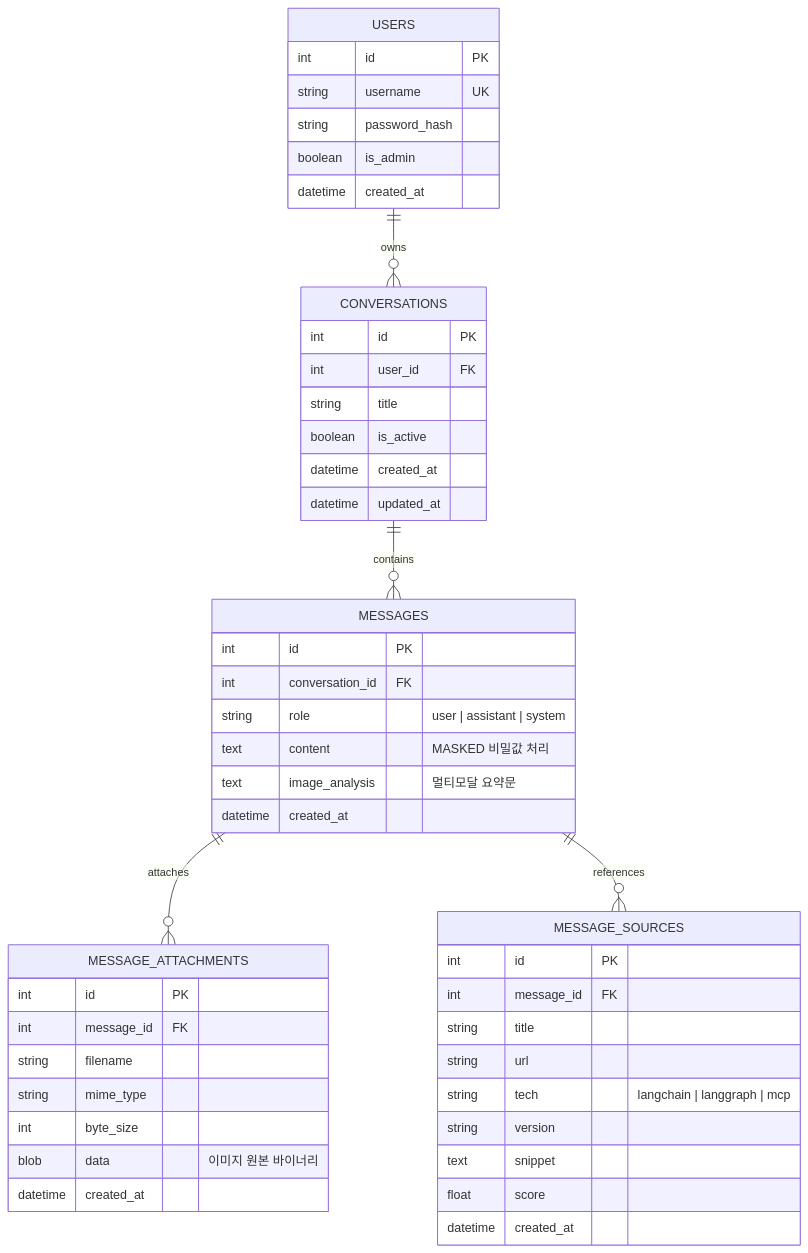
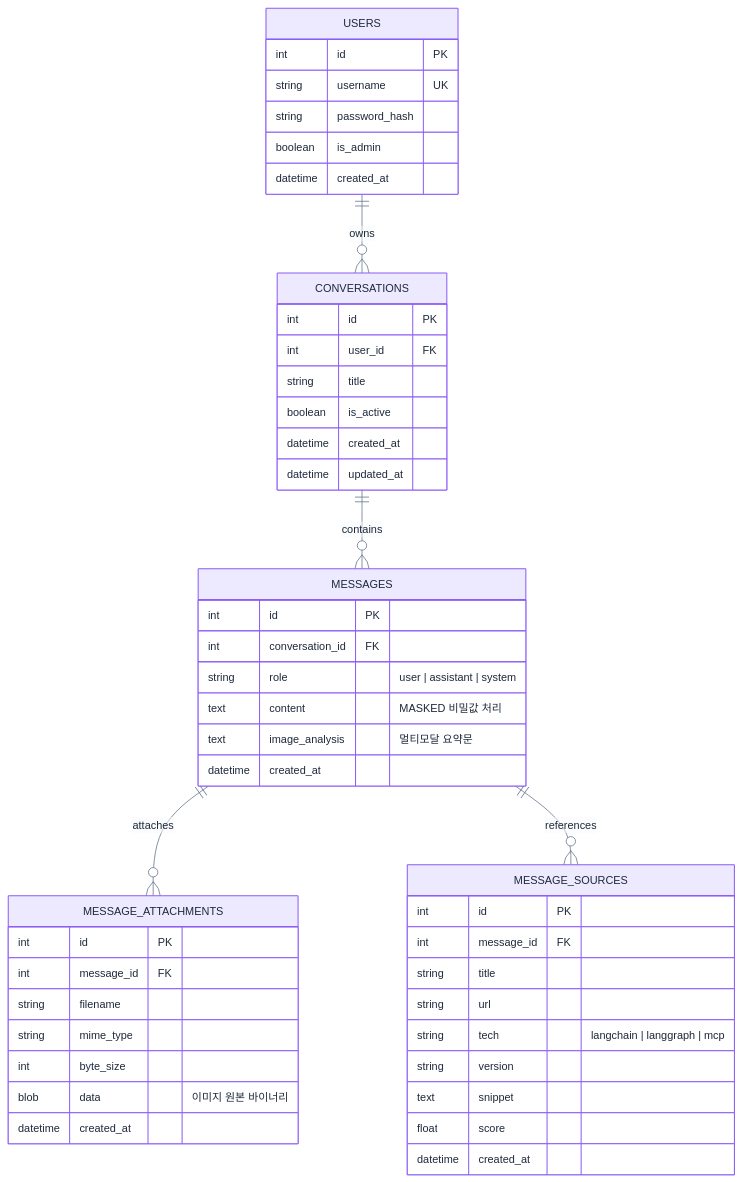
One commit to SKNETWORKS-FAMILY-AICAMP/SKN35-3rd-2Team changed the fourth of 4 diagrams in 시스템 아키텍쳐.md. Above: the diagram before and after it, drawn with Mermaid. The commit also changed other lines of this file and 1 other file, not shown here.

````diff
--- a/시스템 아키텍쳐.md
+++ b/시스템 아키텍쳐.md
@@ -291,55 +354,56 @@
 ```mermaid
+%%{init: {'theme':'base','themeVariables':{'fontFamily':'Pretendard, Noto Sans KR, sans-serif','fontSize':'14px','primaryColor':'#ede9fe','primaryBorderColor':'#8b5cf6','primaryTextColor':'#1e293b','lineColor':'#64748b','secondaryColor':'#dbeafe','tertiaryColor':'#f8fafc','attributeBackgroundColorOdd':'#f8fafc','attributeBackgroundColorEven':'#eef2ff'}}}%%
 erDiagram
     USERS ||--o{ CONVERSATIONS : owns
     CONVERSATIONS ||--o{ MESSAGES : contains
     MESSAGES ||--o{ MESSAGE_ATTACHMENTS : attaches
     MESSAGES ||--o{ MESSAGE_SOURCES : references
 
     USERS {
         int id PK
         string username UK
         string password_hash
         boolean is_admin
         datetime created_at
     }
 
     CONVERSATIONS {
         int id PK
         int user_id FK
         string title
         boolean is_active
         datetime created_at
         datetime updated_at
     }
 
     MESSAGES {
         int id PK
         int conversation_id FK
         string role "user | assistant | system"
         text content "MASKED 비밀값 처리"
         text image_analysis "멀티모달 요약문"
         datetime created_at
     }
 
     MESSAGE_ATTACHMENTS {
         int id PK
         int message_id FK
         string filename
         string mime_type
         int byte_size
         blob data "이미지 원본 바이너리"
         datetime created_at
     }
 
     MESSAGE_SOURCES {
         int id PK
         int message_id FK
         string title
         string url
         string tech "langchain | langgraph | mcp"
         string version
         text snippet
         float score
         datetime created_at
     }
 ```
````
